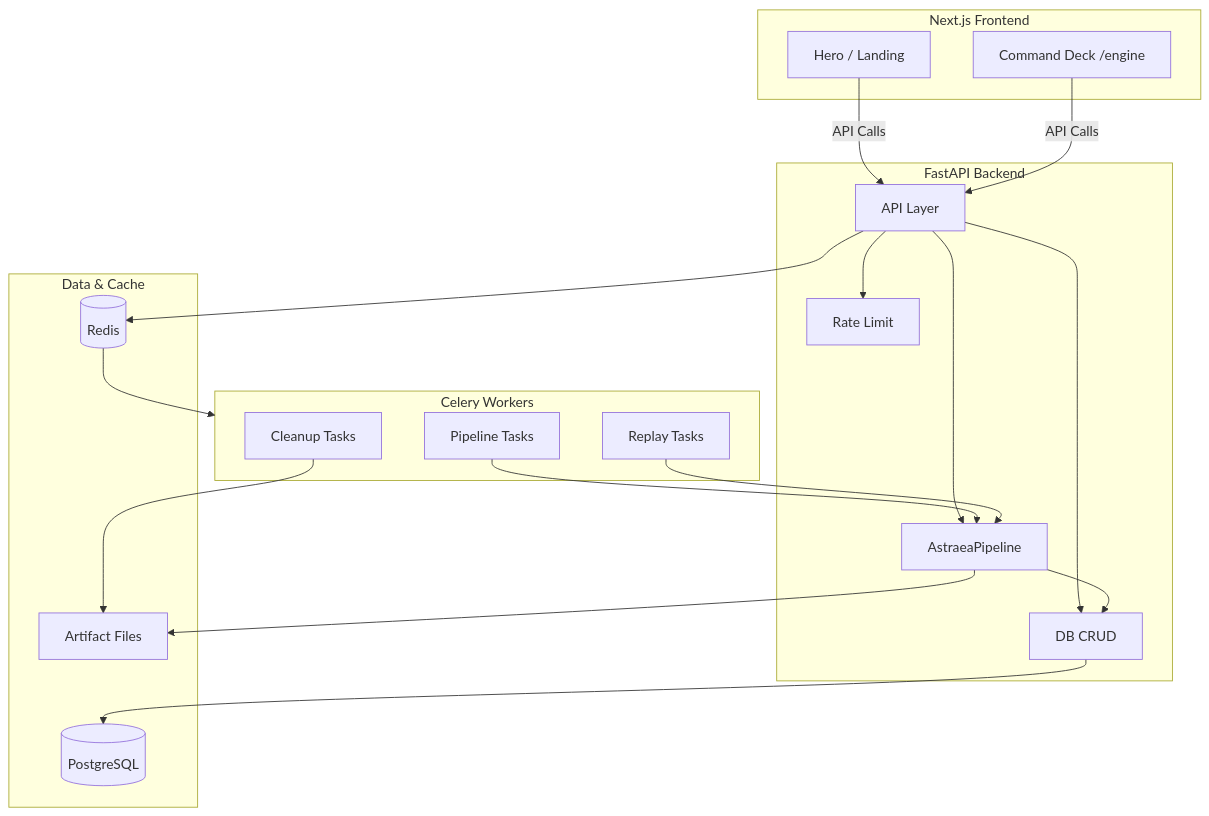
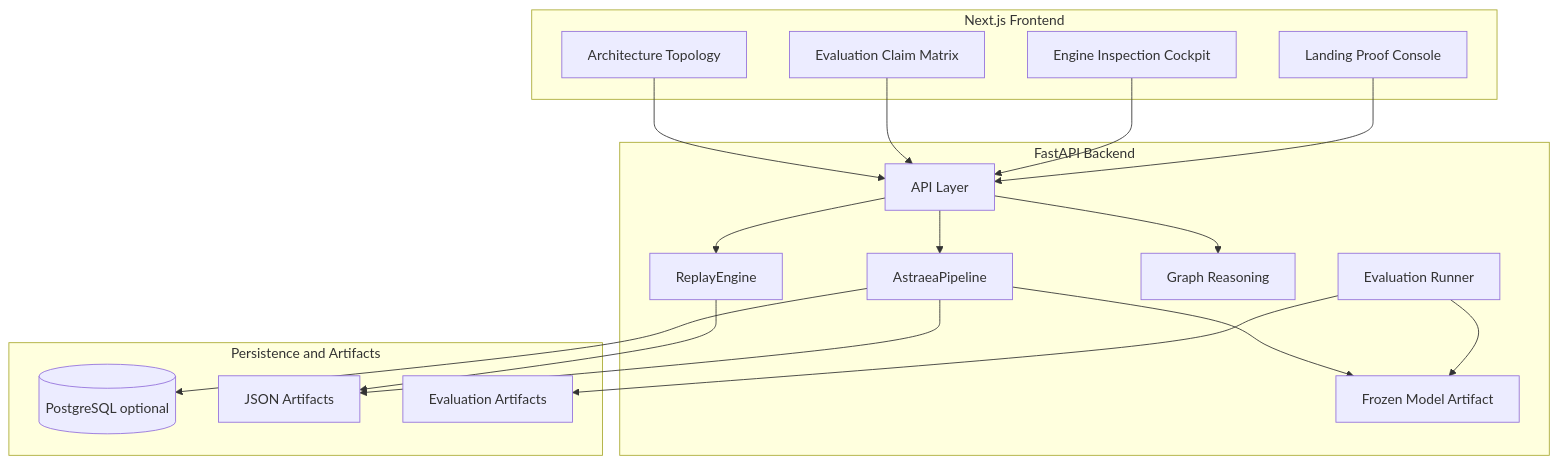
Before and after one commit to AngelP17/Astraea: the second of 2 diagrams in README.md, drawn with Mermaid. The commit also changed other lines of this file and 65 other files, not shown here.

First line of the commit message:
feat: claim-to-proof discipline — deterministic pipeline, true replay, frozen ML, honest offline

````diff
--- a/README.md
+++ b/README.md
@@ -59,40 +52,38 @@
 ```mermaid
 flowchart TB
     subgraph Frontend["Next.js Frontend"]
-        H[Hero / Landing]
-        E[Command Deck /engine]
+        H[Landing Proof Console]
+        E[Engine Inspection Cockpit]
+        V[Evaluation Claim Matrix]
+        T[Architecture Topology]
     end
 
     subgraph Backend["FastAPI Backend"]
         API[API Layer]
         PIPE[AstraeaPipeline]
-        CRUD[DB CRUD]
-        RL[Rate Limit]
+        REPLAY[ReplayEngine]
+        GRAPH[Graph Reasoning]
+        EVAL[Evaluation Runner]
+        MODEL[Frozen Model Artifact]
     end
 
-    subgraph Workers["Celery Workers"]
-        WT[Pipeline Tasks]
-        RT[Replay Tasks]
-        CT[Cleanup Tasks]
+    subgraph Data["Persistence and Artifacts"]
+        DB[(PostgreSQL optional)]
+        FS[JSON Artifacts]
+        METRICS[Evaluation Artifacts]
     end
 
-    subgraph Data["Data & Cache"]
-        DB[(PostgreSQL)]
-        R[(Redis)]
-        FS[Artifact Files]
-    end
-
-    H -->|API Calls| API
-    E -->|API Calls| API
+    H --> API
+    E --> API
+    V --> API
+    T --> API
     API --> PIPE
-    API --> CRUD
-    API --> RL
-    PIPE --> CRUD
-    CRUD --> DB
-    API --> R
+    API --> REPLAY
+    API --> GRAPH
+    EVAL --> METRICS
+    EVAL --> MODEL
+    PIPE --> MODEL
+    PIPE --> DB
     PIPE --> FS
-    WT --> PIPE
-    RT --> PIPE
-    CT --> FS
-    R --> Workers
+    REPLAY --> FS
 ```
````
